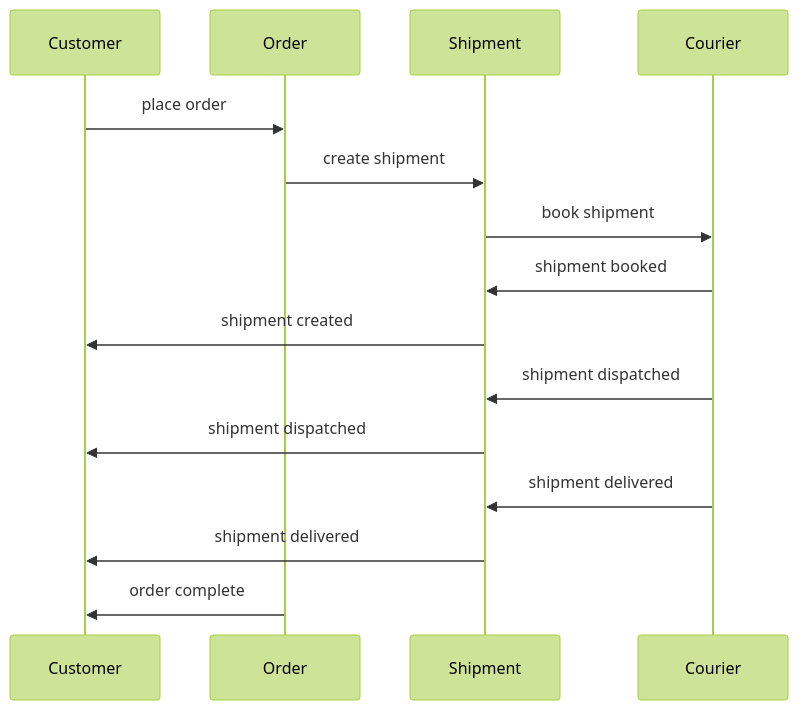
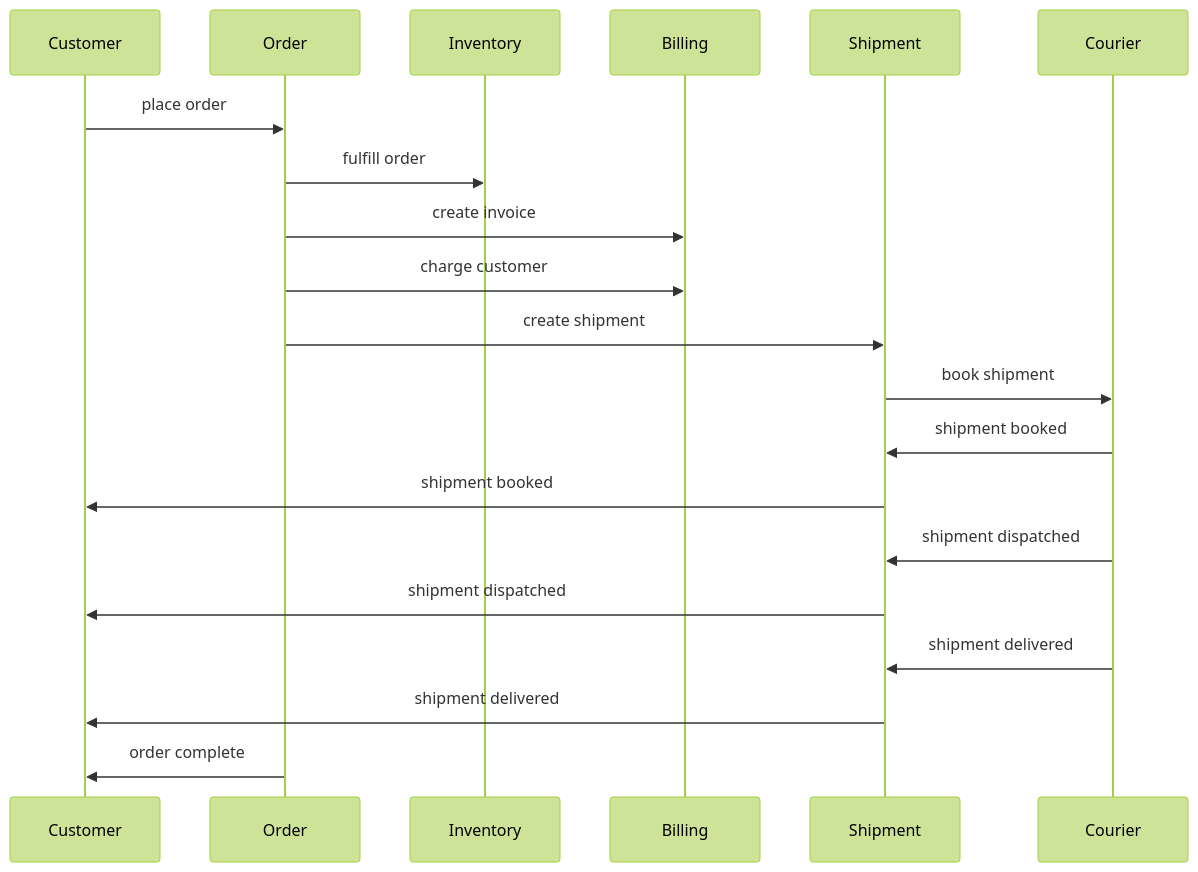
Before and after one commit to temporalio/reference-app-orders-go: the diagram in docs/overview.md, drawn with Mermaid (forest theme). The commit also changed 25 other files, not shown here.

````diff
--- a/docs/overview.md
+++ b/docs/overview.md
@@ -3,18 +3,23 @@
 ```mermaid
 sequenceDiagram
     participant Customer
     participant Order
+    participant Inventory
+    participant Billing
     participant Shipment
     participant Courier
     
     Customer->>Order: place order
+    Order->>Inventory: fulfill order
+    Order->>Billing: create invoice
+    Order->>Billing: charge customer
     Order->>Shipment: create shipment
     Shipment->>Courier: book shipment
     Courier->>Shipment: shipment booked
-    Shipment->>Customer: shipment created
+    Shipment->>Customer: shipment booked
     Courier->>Shipment: shipment dispatched
     Shipment->>Customer: shipment dispatched
     Courier->>Shipment: shipment delivered
     Shipment->>Customer: shipment delivered
     Order->>Customer: order complete
 ```
````
